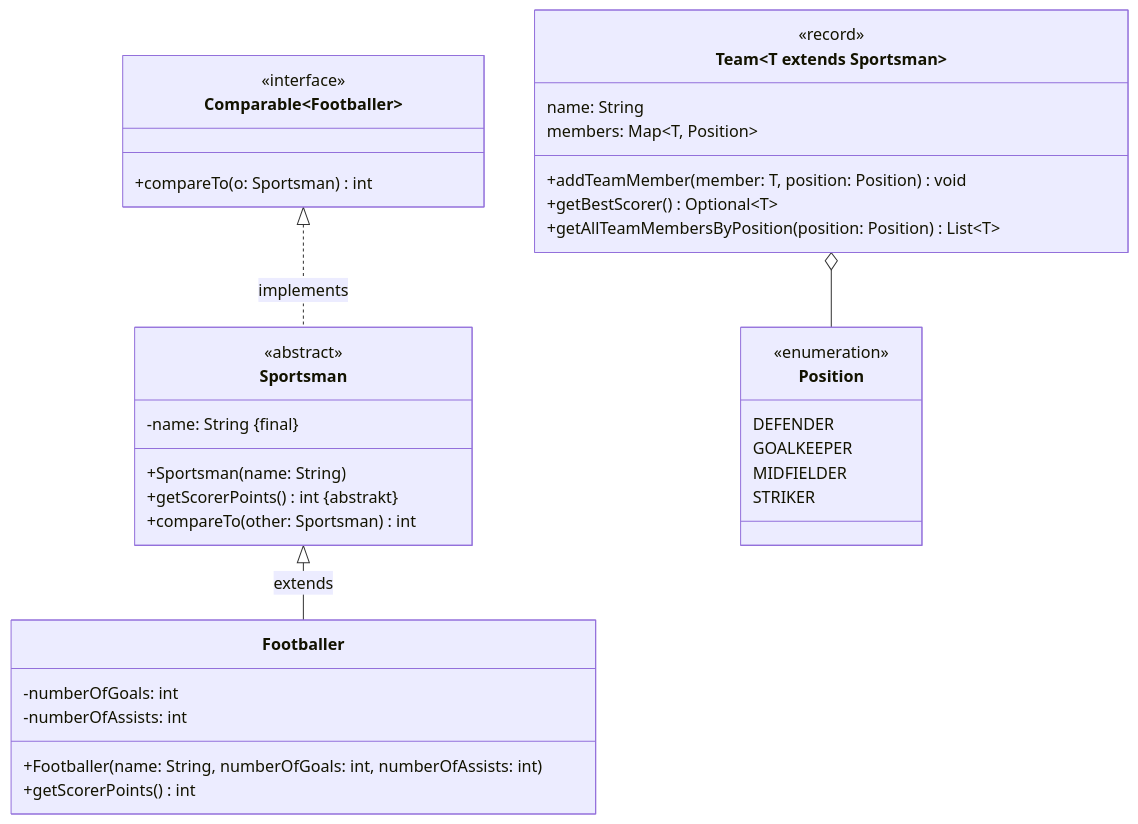
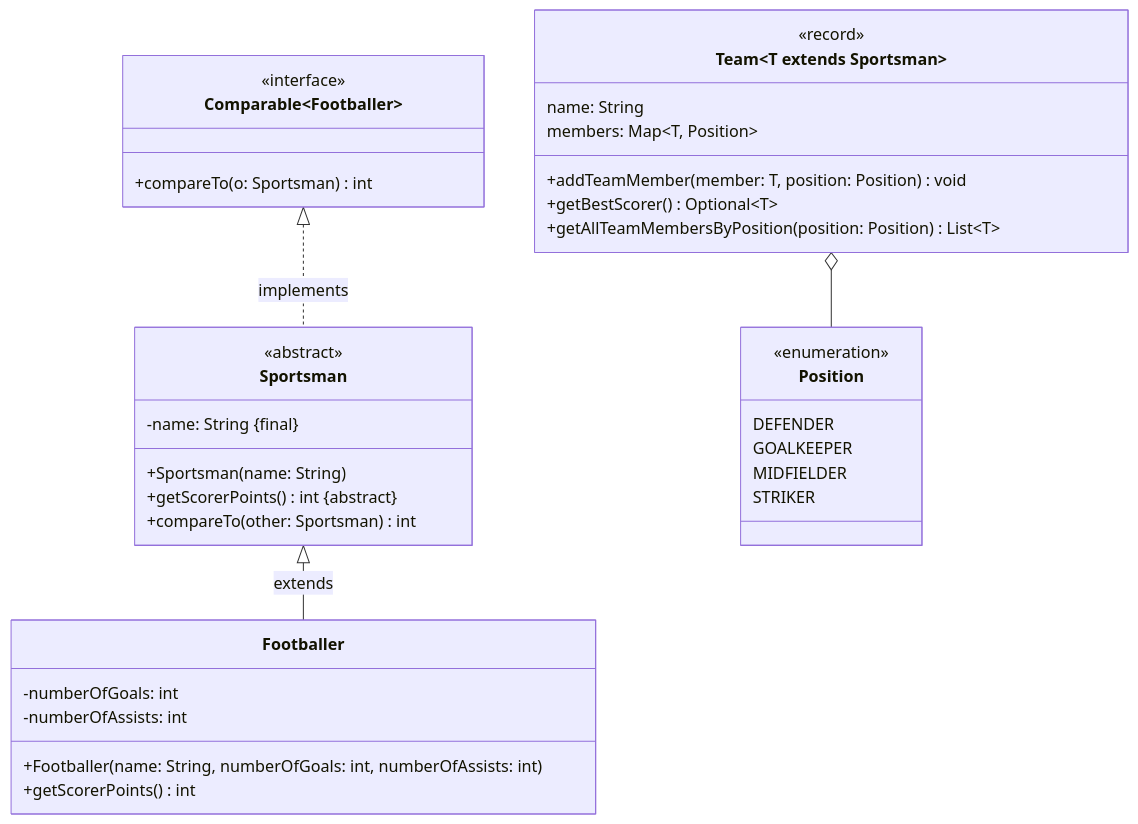
One commit to jappuccini/java-docs changed the diagram in docs/exam-exercises/exam-exercises-java2/team.md. Above: the diagram before and after it, drawn with Mermaid.

````diff
--- a/docs/exam-exercises/exam-exercises-java2/team.md
+++ b/docs/exam-exercises/exam-exercises-java2/team.md
@@ -23,43 +23,43 @@
 ```mermaid
 classDiagram
     Sportsman <|-- Footballer : extends
     Team~T extends Sportsman~ o-- Position
     Comparable~Footballer~ <|.. Sportsman : implements
 
     class Footballer {
         -numberOfGoals: int
         -numberOfAssists: int
         +Footballer(name: String, numberOfGoals: int, numberOfAssists: int)
         +getScorerPoints() int
     }
 
     class Position {
         <<enumeration>>
         DEFENDER
         GOALKEEPER
         MIDFIELDER
         STRIKER
     }
 
     class Sportsman {
         <<abstract>>
         -name: String &#123final&#125
         +Sportsman(name: String)
-        +getScorerPoints() int &#123abstrakt&#125
+        +getScorerPoints() int &#123abstract&#125
         +compareTo(other: Sportsman) int
     }
 
     class Team~T extends Sportsman~ {
         <<record>>
         name: String
         members: Map~T, Position~
         +addTeamMember(member: T, position: Position) void
         +getBestScorer() Optional~T~
         +getAllTeamMembersByPosition(position: Position) List~T~
     }
 
     class Comparable~Sportsman~ {
         <<interface>>
         +compareTo(o: Sportsman) int
     }
 ```
````
